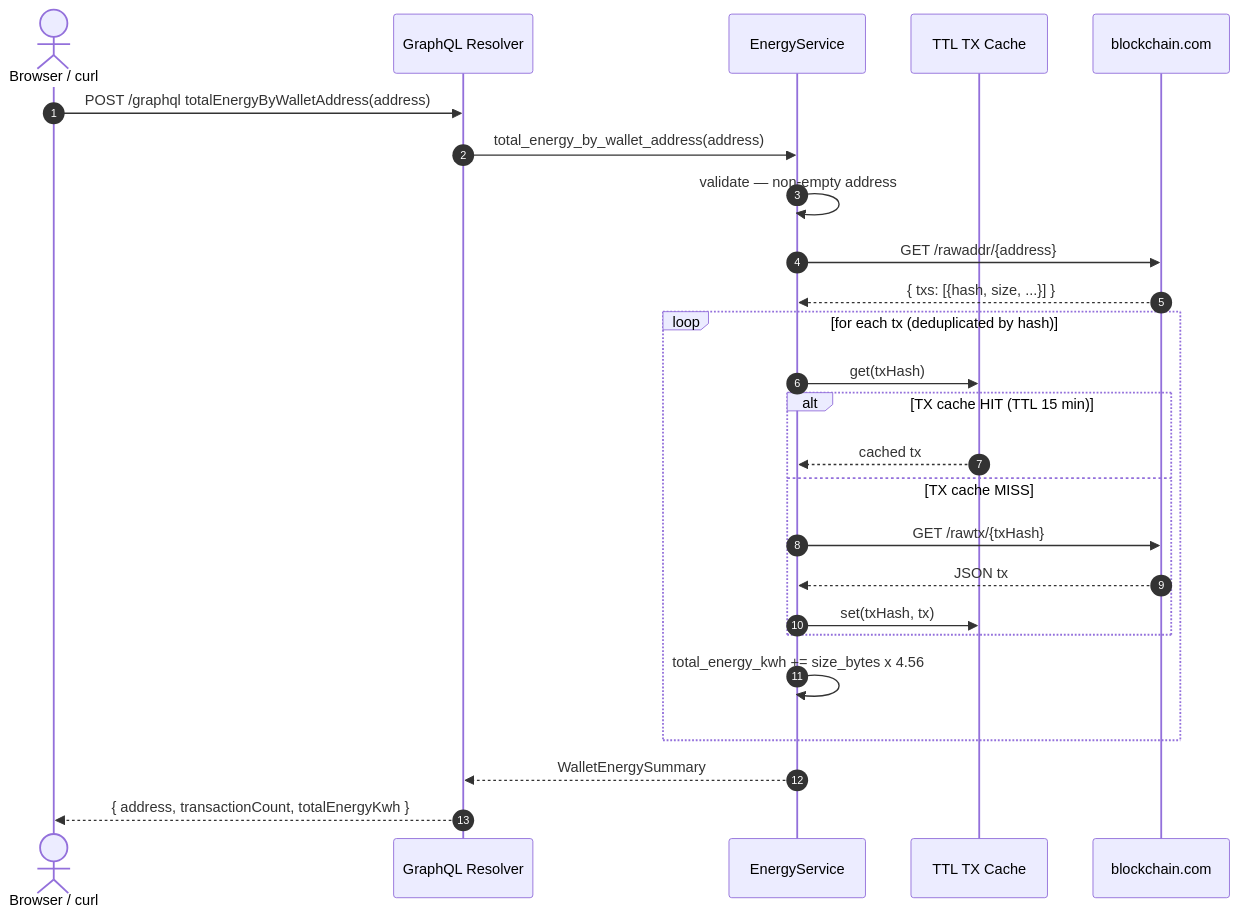
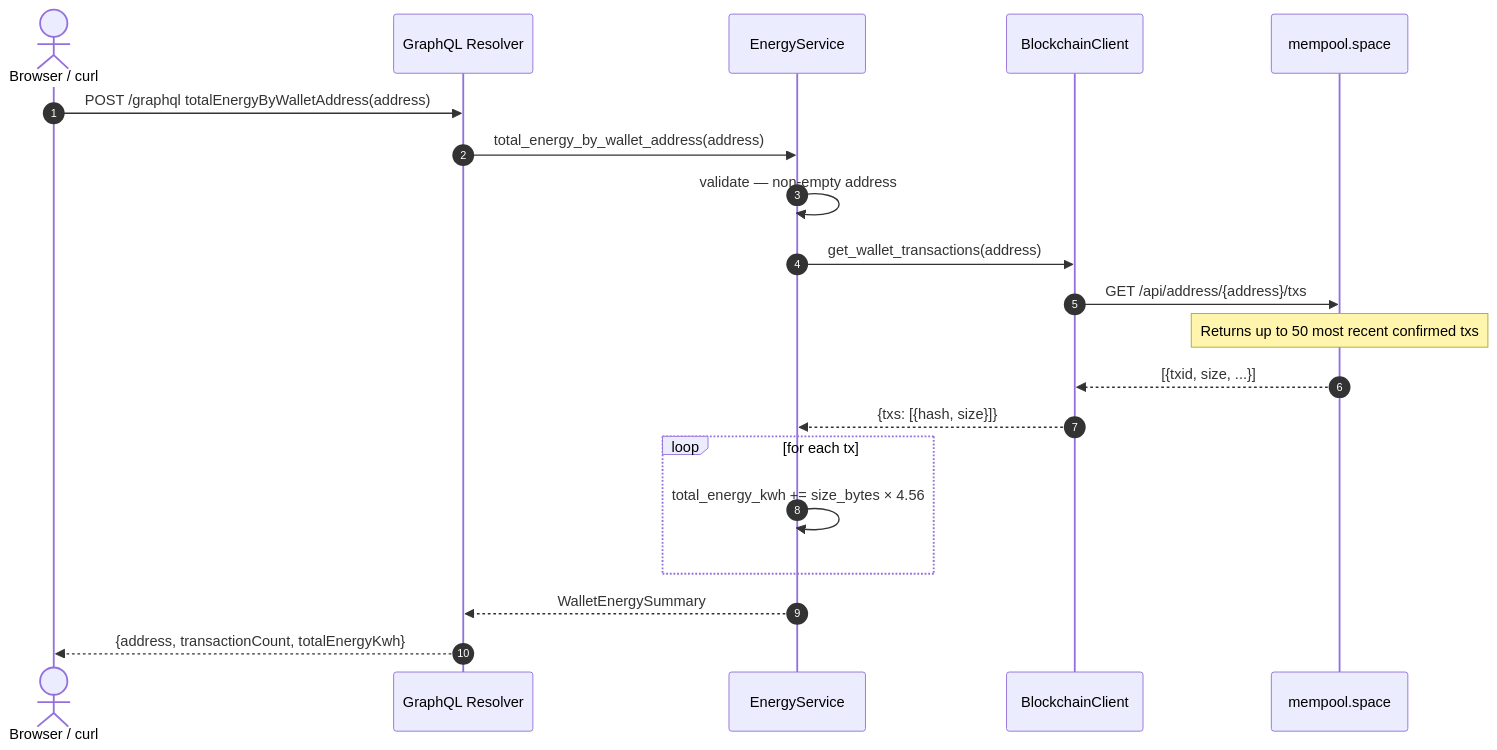
Before and after one commit to burakcetindev/sensorfact: the third of 4 diagrams in docs/data-flow.md, drawn with Mermaid. The commit also changed other lines of this file and 23 other files, not shown here.

````diff
--- a/docs/data-flow.md
+++ b/docs/data-flow.md
@@ -87,28 +108,23 @@
 ```mermaid
 sequenceDiagram
     autonumber
     actor Client as Browser / curl
     participant GQL  as GraphQL Resolver
     participant SVC  as EnergyService
-    participant TCAC as TTL TX Cache
-    participant API  as blockchain.com
+    participant CLI  as BlockchainClient
+    participant API  as mempool.space
 
     Client->>GQL: POST /graphql totalEnergyByWalletAddress(address)
     GQL->>SVC: total_energy_by_wallet_address(address)
     SVC->>SVC: validate — non-empty address
-    SVC->>API: GET /rawaddr/{address}
-    API-->>SVC: { txs: [{hash, size, ...}] }
-    loop for each tx (deduplicated by hash)
-        SVC->>TCAC: get(txHash)
-        alt TX cache HIT (TTL 15 min)
-            TCAC-->>SVC: cached tx
-        else TX cache MISS
-            SVC->>API: GET /rawtx/{txHash}
-            API-->>SVC: JSON tx
-            SVC->>TCAC: set(txHash, tx)
-        end
-        SVC->>SVC: total_energy_kwh += size_bytes x 4.56
+    SVC->>CLI: get_wallet_transactions(address)
+    CLI->>API: GET /api/address/{address}/txs
+    Note over API: Returns up to 50 most recent confirmed txs
+    API-->>CLI: [{txid, size, ...}]
+    CLI-->>SVC: {txs: [{hash, size}]}
+    loop for each tx
+        SVC->>SVC: total_energy_kwh += size_bytes × 4.56
     end
     SVC-->>GQL: WalletEnergySummary
-    GQL-->>Client: { address, transactionCount, totalEnergyKwh }
+    GQL-->>Client: {address, transactionCount, totalEnergyKwh}
 ```
````
